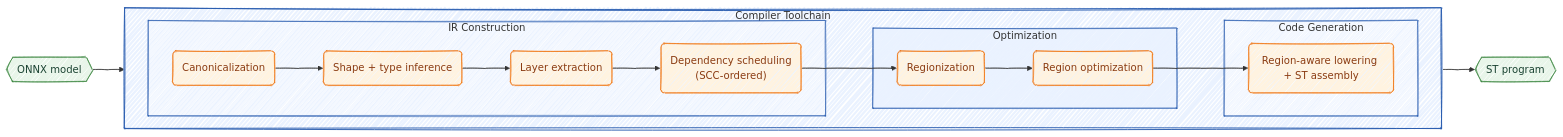
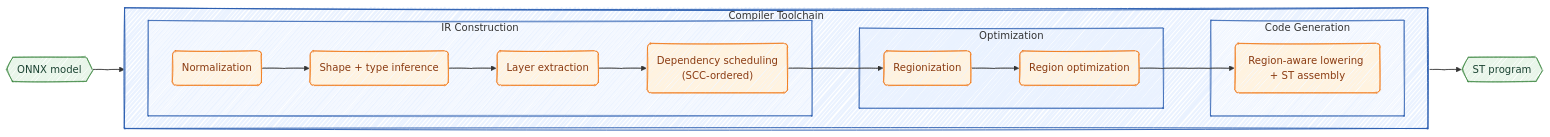
One commit to TheRealNestor/ml2plc changed the diagram in imgs/pipeline.md. Above: the diagram before and after it, drawn with Mermaid. The commit also changed 4 other files, not shown here.

Commit message:
canonicalization --> normalization wording

````diff
--- a/imgs/pipeline.md
+++ b/imgs/pipeline.md
@@ -1,51 +1,51 @@
 ```mermaid
 %%{init: {'look': 'handDrawn', 'theme': 'default'}}%%
 flowchart LR
 
     %% --- Styling ---
     classDef rep shape:hexagon,fill:#e8f5e9,stroke:#2e7d32,stroke-width:1px,color:#1b4332
     classDef action shape:rounded,fill:#fff3e0,stroke:#ef6c00,stroke-width:1px,color:#8a3b12
 
     %% --- Nodes ---
     Input{{ONNX model}}:::rep
     Output{{ST program}}:::rep
 
     %% --- IR construction ---
-    Canon("Canonicalization"):::action
+    Canon("Normalization"):::action
     Infer("Shape + type inference"):::action
     Extract("Layer extraction"):::action
     Order("Dependency scheduling\n(SCC-ordered)"):::action
 
     %% --- Optimization ---
     Regionize("Regionization"):::action
     Optimize("Region optimization"):::action
 
     %% --- Codegen ---
     Lower("Region-aware lowering + ST assembly"):::action
 
     %% --- Connections ---
     Input --> Canon
 
     subgraph Toolchain ["Compiler Toolchain"]
         direction LR
 
         subgraph IRStage ["IR Construction"]
             Canon --> Infer --> Extract --> Order
         end
 
         subgraph OptStage ["Optimization"]
             Order --> Regionize --> Optimize
         end
 
         subgraph CodegenStage ["Code Generation"]
             Optimize --> Lower
         end
     end
 
     style Toolchain fill:#eaf2ff,stroke:#2a5db0,stroke-width:1.5px
     style IRStage fill:#f4f8ff,stroke:#2a5db0,stroke-width:1px
     style OptStage fill:#eaf2ff,stroke:#2a5db0,stroke-width:1px
     style CodegenStage fill:#f4f8ff,stroke:#2a5db0,stroke-width:1px
 
     Lower --> Output
 ```
````
